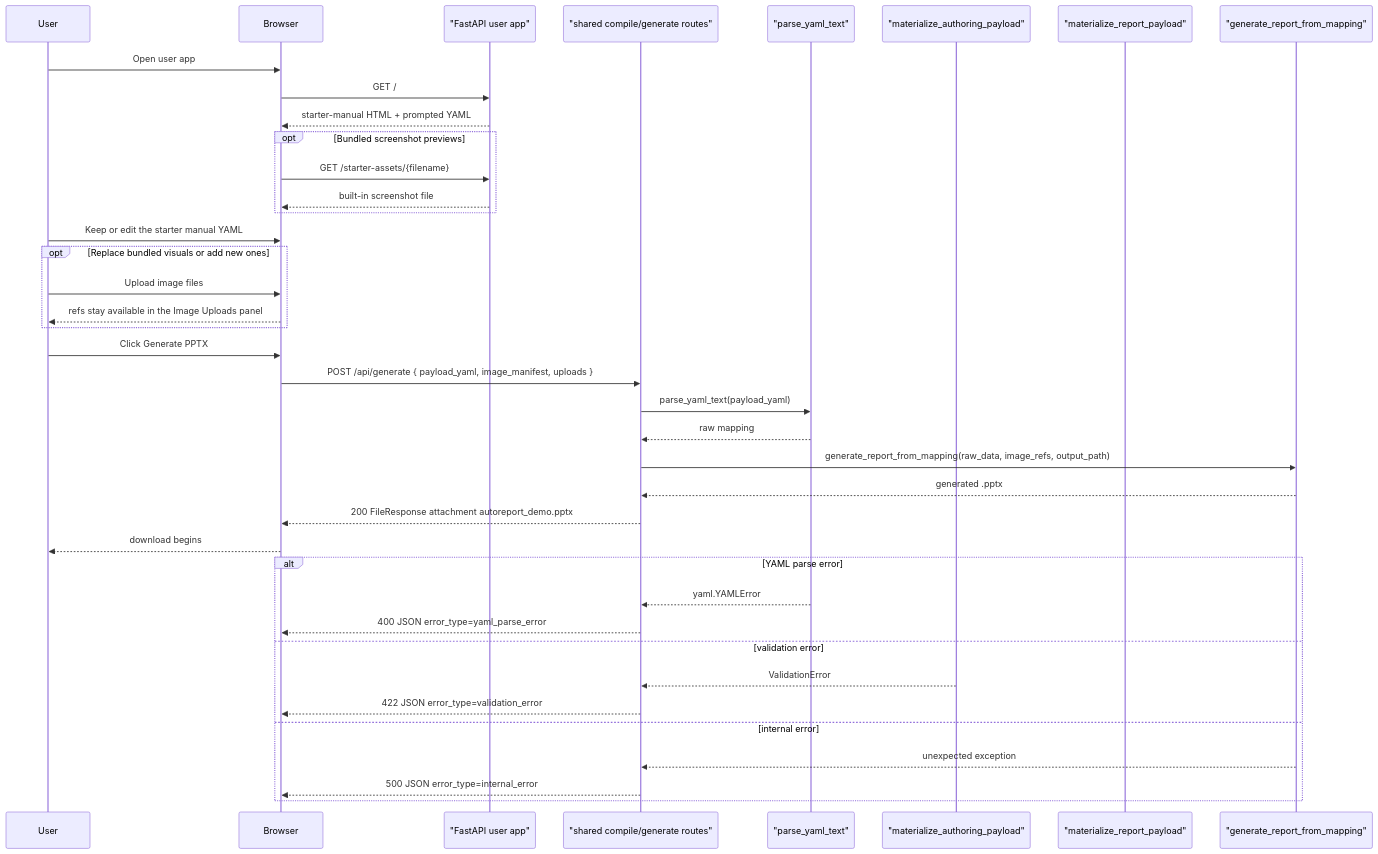
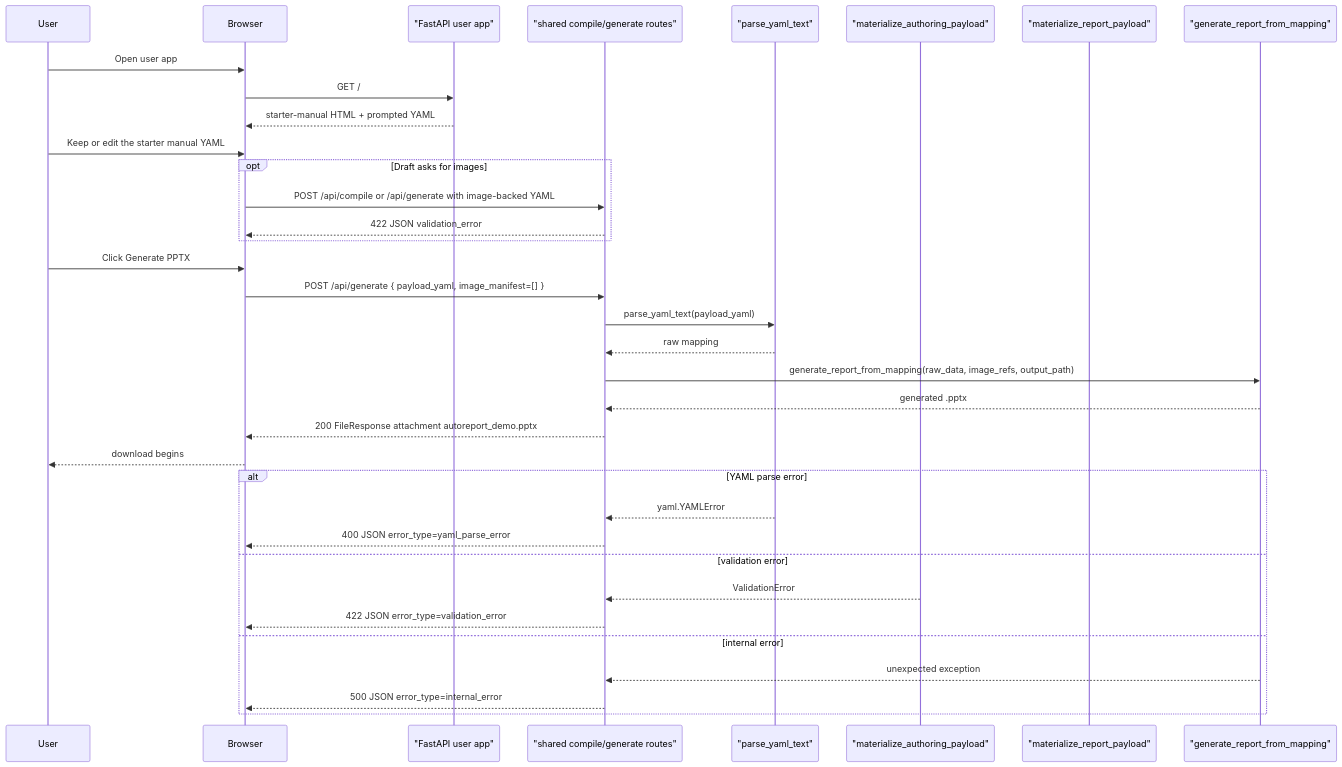
Before and after one commit to tubtrb/autoreport: the diagram in docs/architecture/web-demo-sequence.md, drawn with Mermaid. The commit also changed other lines of this file and 13 other files, not shown here.

Commit message:
web: hide image flow on public demo

````diff
--- a/docs/architecture/web-demo-sequence.md
+++ b/docs/architecture/web-demo-sequence.md
@@ -7,45 +7,41 @@
 ```mermaid
 sequenceDiagram
     participant User
     participant Browser
     participant App as "FastAPI user app"
     participant API as "shared compile/generate routes"
     participant Loader as "parse_yaml_text"
     participant Normalize as "materialize_authoring_payload"
     participant Compile as "materialize_report_payload"
     participant Generator as "generate_report_from_mapping"
 
     User->>Browser: Open user app
     Browser->>App: GET /
     App-->>Browser: starter-manual HTML + prompted YAML
-    opt Bundled screenshot previews
-        Browser->>App: GET /starter-assets/{filename}
-        App-->>Browser: built-in screenshot file
-    end
 
     User->>Browser: Keep or edit the starter manual YAML
-    opt Replace bundled visuals or add new ones
-        User->>Browser: Upload image files
-        Browser-->>User: refs stay available in the Image Uploads panel
+    opt Draft asks for images
+        Browser->>API: POST /api/compile or /api/generate with image-backed YAML
+        API-->>Browser: 422 JSON validation_error
     end
 
     User->>Browser: Click Generate PPTX
-    Browser->>API: POST /api/generate { payload_yaml, image_manifest, uploads }
+    Browser->>API: POST /api/generate { payload_yaml, image_manifest=[] }
     API->>Loader: parse_yaml_text(payload_yaml)
     Loader-->>API: raw mapping
     API->>Generator: generate_report_from_mapping(raw_data, image_refs, output_path)
     Generator-->>API: generated .pptx
     API-->>Browser: 200 FileResponse attachment autoreport_demo.pptx
     Browser-->>User: download begins
 
     alt YAML parse error
         Loader-->>API: yaml.YAMLError
         API-->>Browser: 400 JSON error_type=yaml_parse_error
     else validation error
         Normalize-->>API: ValidationError
         API-->>Browser: 422 JSON error_type=validation_error
     else internal error
         Generator-->>API: unexpected exception
         API-->>Browser: 500 JSON error_type=internal_error
     end
 ```
````
